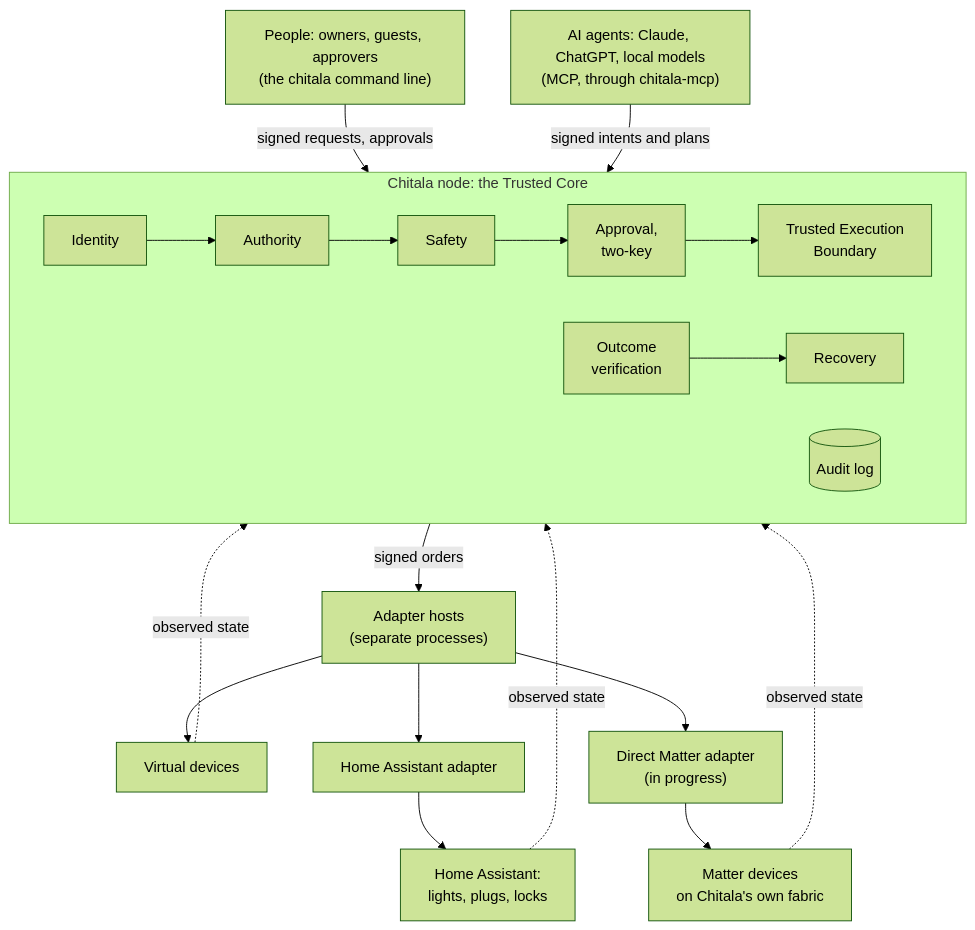
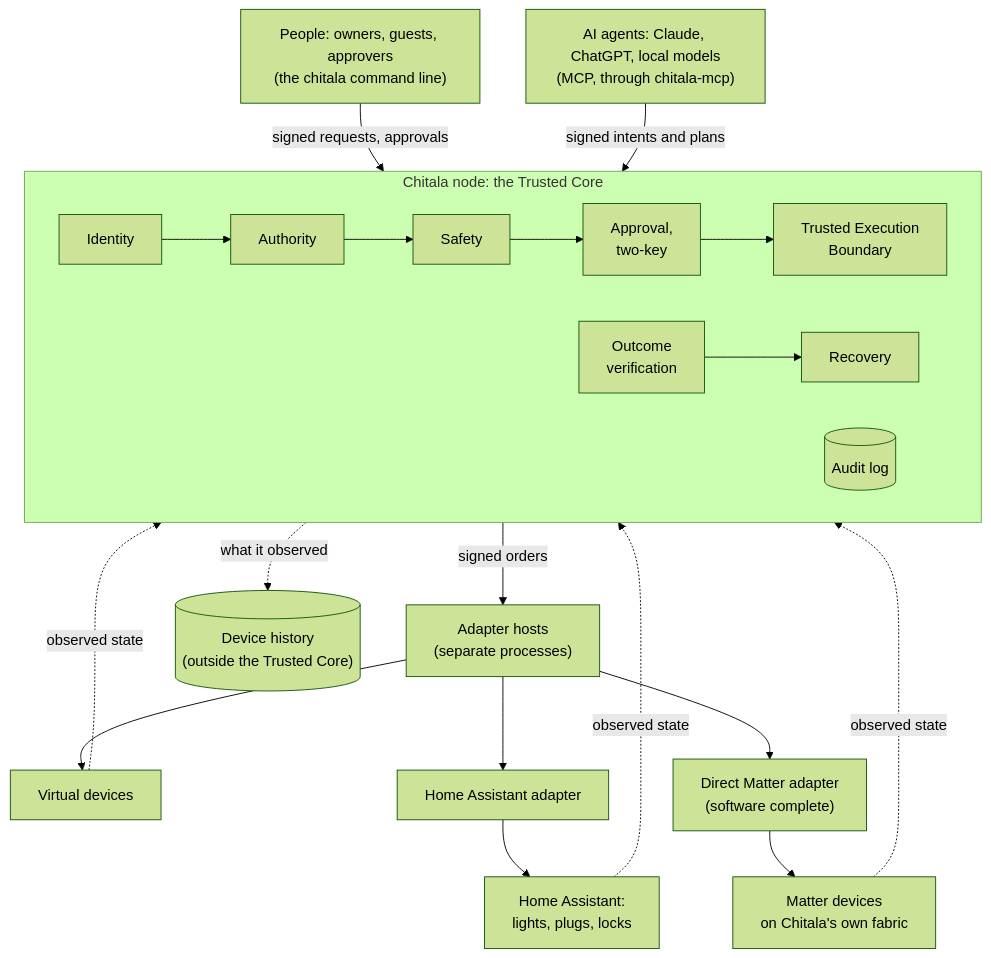
Before and after one commit to chitala-project/Chitala: the diagram in README.md, drawn with Mermaid (forest theme). The commit also changed other lines of this file and 2 other files, not shown here.

First line of the commit message:
README and architecture image: status after device history (v0.4) (#54)

````diff
--- a/README.md
+++ b/README.md
@@ -33,20 +33,21 @@
 ```mermaid
 flowchart TB
     people["People: owners, guests, approvers<br/>(the chitala command line)"]
     ai["AI agents: Claude, ChatGPT, local models<br/>(MCP, through chitala-mcp)"]
     subgraph core["Chitala node: the Trusted Core"]
         direction LR
         identity["Identity"] --> authority["Authority"] --> safety["Safety"] --> approval["Approval,<br/>two-key"] --> boundary["Trusted Execution<br/>Boundary"]
         verify["Outcome<br/>verification"] --> recovery["Recovery"]
         audit[("Audit log")]
     end
     people -->|signed requests, approvals| identity
     ai -->|signed intents and plans| identity
     boundary -->|signed orders| hosts["Adapter hosts<br/>(separate processes)"]
     hosts --> virtual["Virtual devices"]
     hosts --> ha["Home Assistant adapter"] --> hadevices["Home Assistant:<br/>lights, plugs, locks"]
-    hosts --> matter["Direct Matter adapter<br/>(in progress)"] --> matterdevices["Matter devices<br/>on Chitala's own fabric"]
+    hosts --> matter["Direct Matter adapter<br/>(software complete)"] --> matterdevices["Matter devices<br/>on Chitala's own fabric"]
+    core -.->|what it observed| history[("Device history<br/>(outside the Trusted Core)")]
     virtual -.->|observed state| verify
     hadevices -.->|observed state| verify
     matterdevices -.->|observed state| verify
 ```
````
